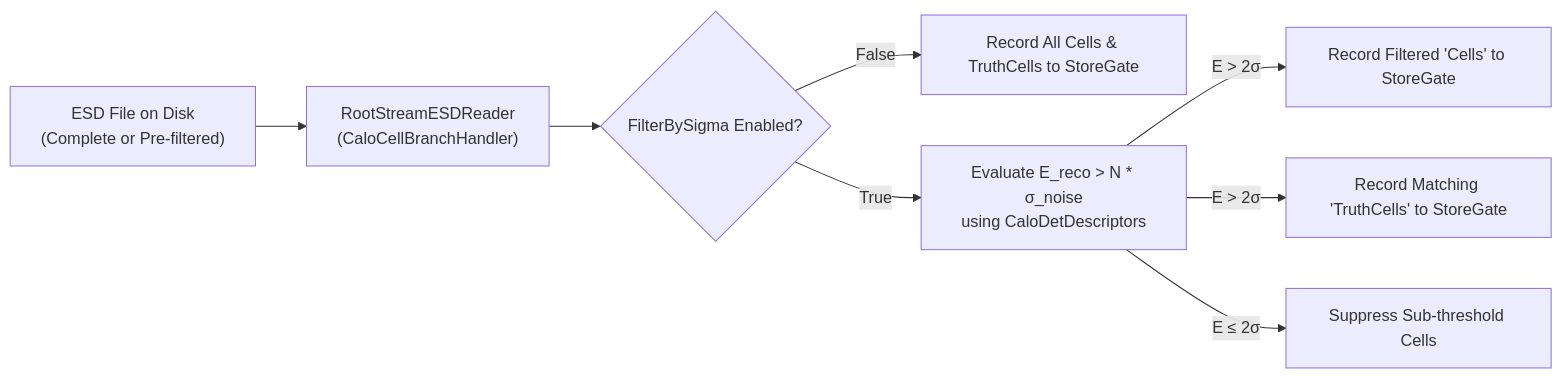
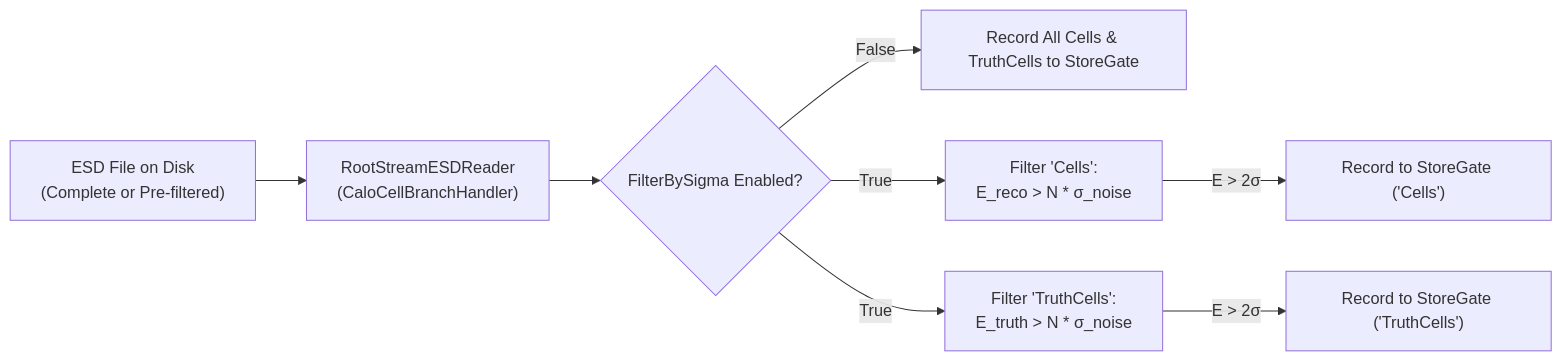
Before and after one commit to lordhsdw999-a11y/lorenzetti: the third of 3 diagrams in reconstruction/io/RootStreamBuilder/README.md, drawn with Mermaid. The commit also changed other lines of this file and 9 other files, not shown here.

````diff
--- a/reconstruction/io/RootStreamBuilder/README.md
+++ b/reconstruction/io/RootStreamBuilder/README.md
@@ -194,10 +207,10 @@
 ```mermaid
 graph LR
     ESD["ESD File on Disk<br/>(Complete or Pre-filtered)"] --> Reader["RootStreamESDReader<br/>(CaloCellBranchHandler)"]
     Reader --> Check{"FilterBySigma Enabled?"}
     Check -->|False| SG_All["Record All Cells & TruthCells to StoreGate"]
-    Check -->|True| Filter["Evaluate E_reco > N * &sigma;_noise<br/>using CaloDetDescriptors"]
-    Filter -->|E > 2&sigma;| SG_Filt["Record Filtered 'Cells' to StoreGate"]
-    Filter -->|E > 2&sigma;| SG_Truth["Record Matching 'TruthCells' to StoreGate"]
-    Filter -->|E &le; 2&sigma;| Skip["Suppress Sub-threshold Cells"]
+    Check -->|True| FilterCells["Filter 'Cells':<br/>E_reco > N * &sigma;_noise"]
+    Check -->|True| FilterTruth["Filter 'TruthCells':<br/>E_truth > N * &sigma;_noise"]
+    FilterCells -->|E > 2&sigma;| SG_Filt["Record to StoreGate ('Cells')"]
+    FilterTruth -->|E > 2&sigma;| SG_Truth["Record to StoreGate ('TruthCells')"]
 ```
````
